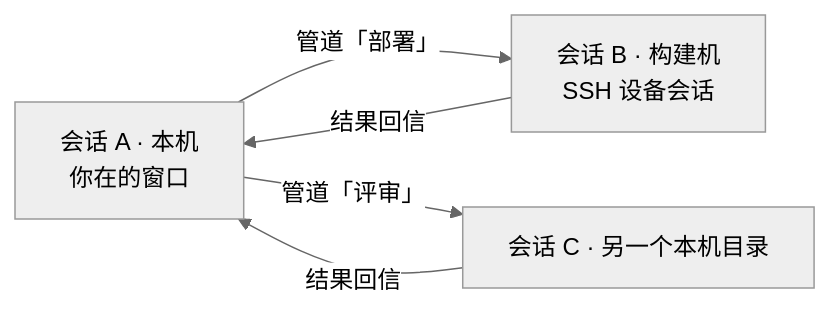
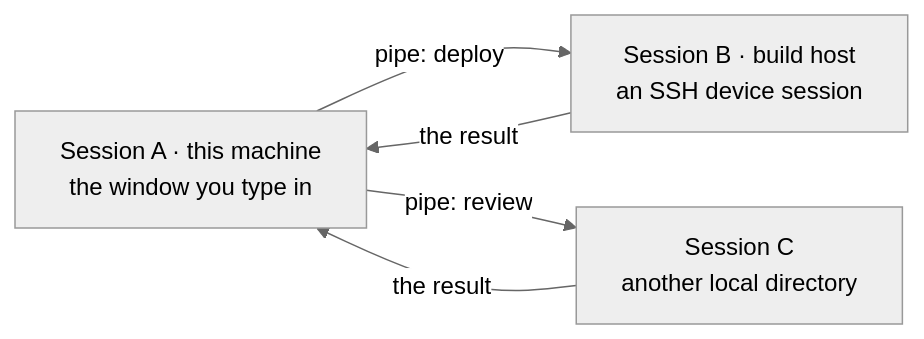
One commit to Nexus-Aethra/Nexus-Shell changed the first of 5 diagrams in README.md. Above: the diagram before and after it, drawn with Mermaid (neutral theme). The commit also changed other lines of this file and 2 other files, not shown here.

````diff
--- a/README.md
+++ b/README.md
@@ -158,7 +169,7 @@
 ```mermaid
 flowchart LR
-  A["会话 A · 本机<br/>你在的窗口"] -->|"管道「部署」"| B["会话 B · 构建机<br/>SSH 设备会话"]
-  A -->|"管道「评审」"| C["会话 C · 另一个本机目录"]
-  B -->|"结果回信"| A
-  C -->|"结果回信"| A
+  A["Session A · this machine<br/>the window you type in"] -->|"pipe: deploy"| B["Session B · build host<br/>an SSH device session"]
+  A -->|"pipe: review"| C["Session C<br/>another local directory"]
+  B -->|"the result"| A
+  C -->|"the result"| A
 ```
````
